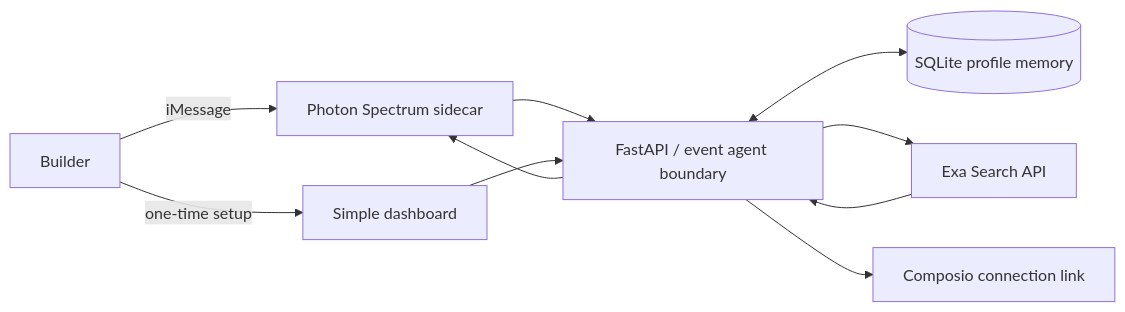
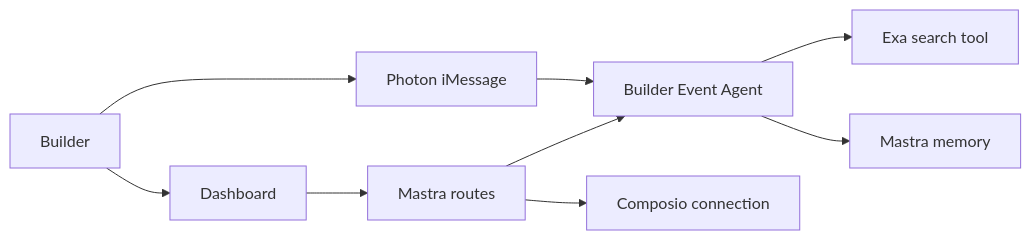
The diagram in docs/architecture.md (fozagtx/Okupy), drawn with Mermaid before and after one commit. The commit also changed other lines of this file and 43 other files, not shown here.

````diff
--- a/docs/architecture.md
+++ b/docs/architecture.md
@@ -3,11 +5,11 @@
 ```mermaid
 flowchart LR
-  U[Builder] -->|iMessage| P[Photon Spectrum sidecar]
-  U -->|one-time setup| D[Simple dashboard]
-  P --> API[FastAPI / event agent boundary]
-  D --> API
-  API <--> M[(SQLite profile memory)]
-  API --> E[Exa Search API]
-  API --> C[Composio connection link]
-  E --> API --> P
+  U[Builder] --> D[Dashboard]
+  U --> P[Photon iMessage]
+  D --> M[Mastra routes]
+  P --> A[Builder Event Agent]
+  M --> A
+  A --> X[Exa search tool]
+  A --> R[Mastra memory]
+  M --> C[Composio connection]
 ```
````
